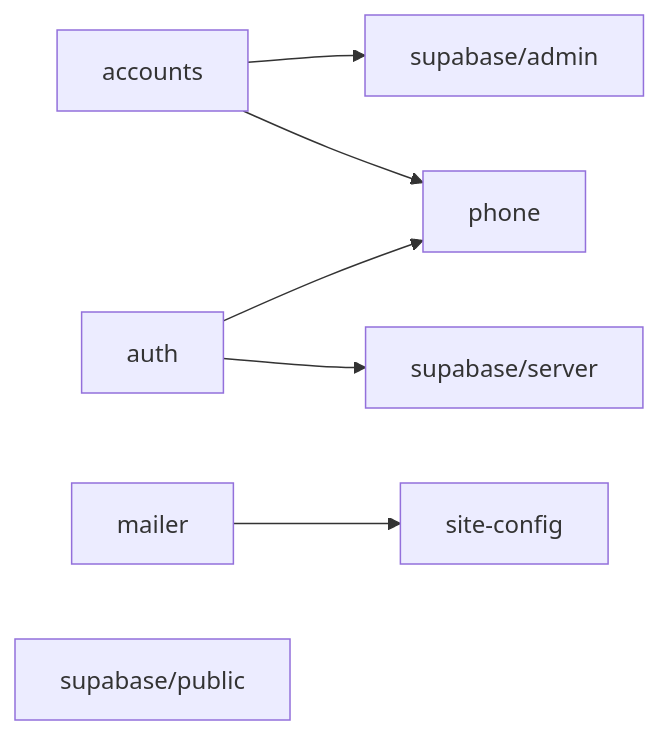
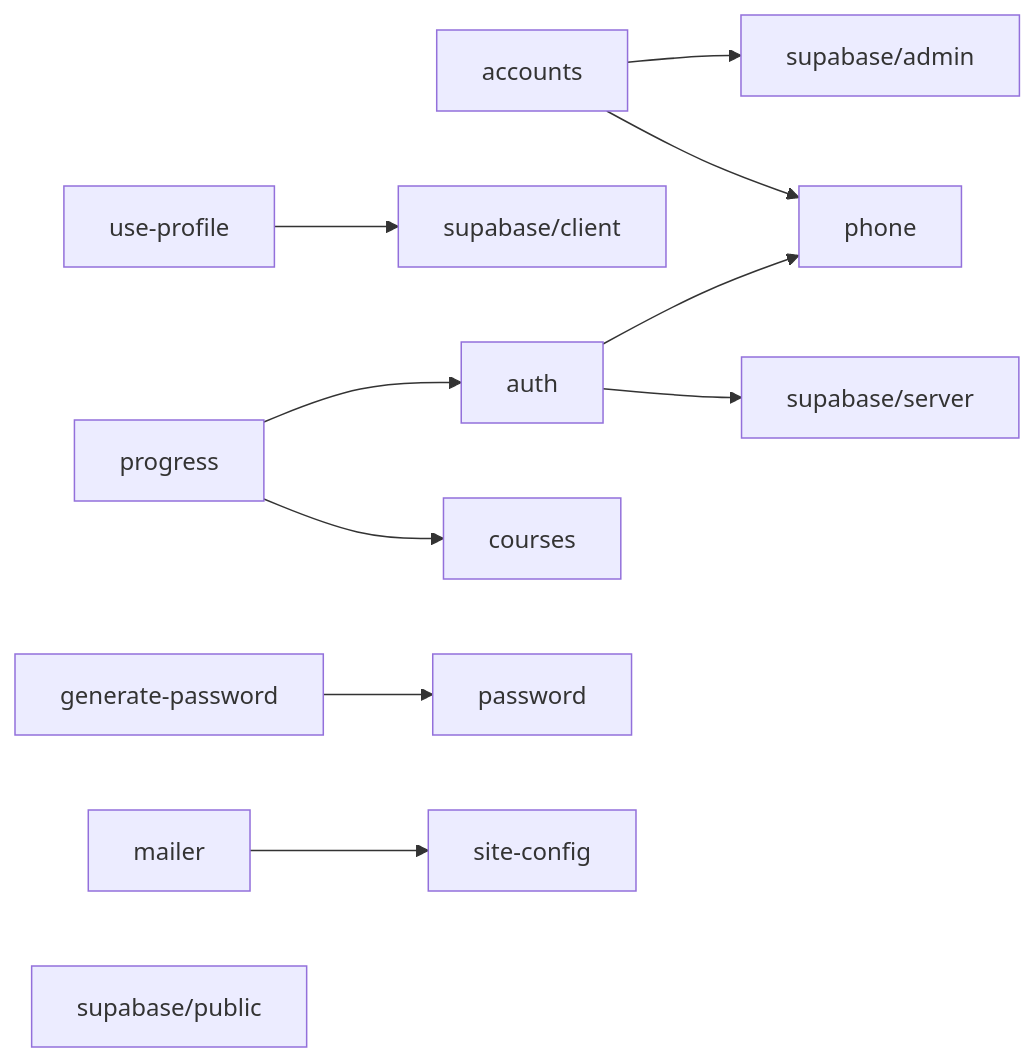
Before and after one commit to dgquan1001/course-platform: the second of 2 diagrams in web design structure/03-architecture/source-structure.md, drawn with Mermaid. The commit also changed other lines of this file and 72 other files, not shown here.

````diff
--- a/web design structure/03-architecture/source-structure.md
+++ b/web design structure/03-architecture/source-structure.md
@@ -146,9 +122,13 @@
 ```mermaid
 flowchart LR
   accounts --> phone
   accounts --> supaAdmin[supabase/admin]
   auth --> supaServer[supabase/server]
   auth --> phone
+  useProfile[use-profile] --> supaClient[supabase/client]
+  generatePassword[generate-password] --> password
+  progress --> courses
+  progress --> auth
   mailer --> siteconfig[site-config]
   public[supabase/public]
 ```
````
